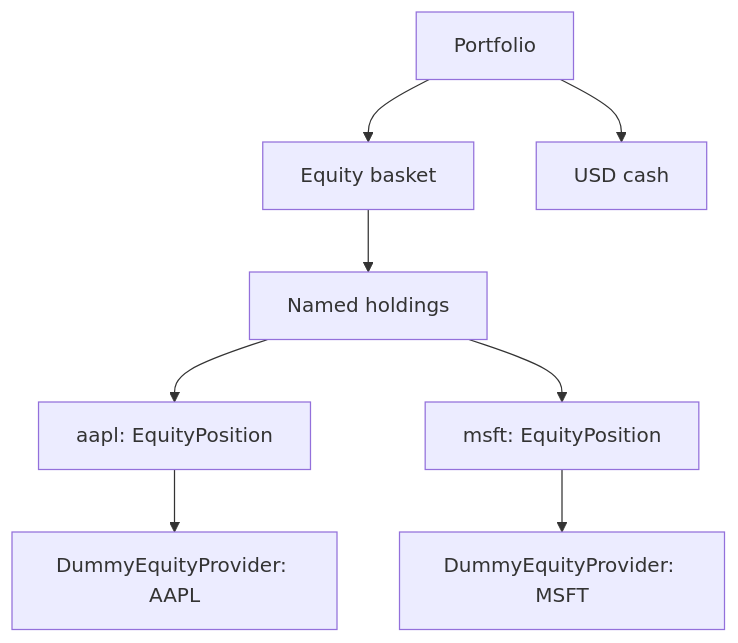
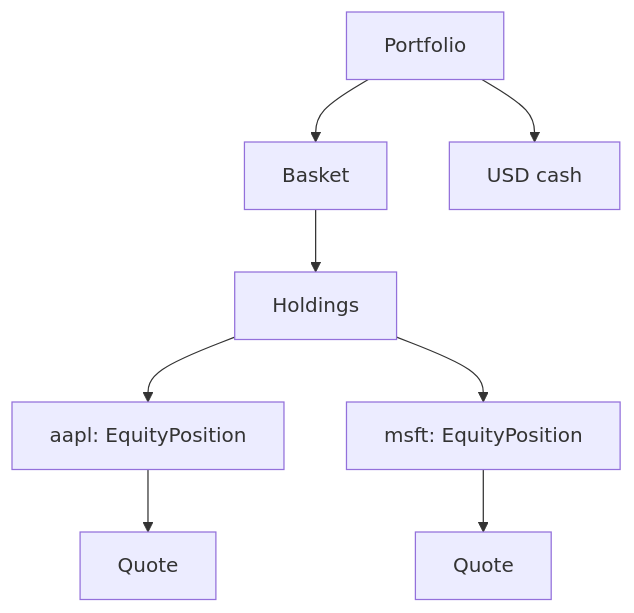
Before and after one commit to Code0x58/modello: the diagram in docs/examples/portfolio/holdings.rst, drawn with Mermaid. The commit also changed other lines of this file and 9 other files, not shown here.

```diff
--- a/docs/examples/portfolio/holdings.rst
+++ b/docs/examples/portfolio/holdings.rst
@@ -72,12 +75,12 @@
 .. mermaid::
-   :caption: Portfolio composition and provider bindings
-   :alt: The portfolio contains an equity basket and USD cash. Each named equity position carries its configured data provider.
+   :caption: Scalar portfolio composition
+   :alt: A portfolio contains a basket and cash. The basket contains a named holding group with two equity positions, each containing a quote.
 
    flowchart TD
-       portfolio[Portfolio] --> basket[Equity basket]
+       portfolio[Portfolio] --> basket[Basket]
        portfolio --> cash[USD cash]
-       basket --> members[Named holdings]
+       basket --> members[Holdings]
        members --> apple[aapl: EquityPosition]
        members --> microsoft[msft: EquityPosition]
-       apple --> apple_source[DummyEquityProvider: AAPL]
-       microsoft --> microsoft_source[DummyEquityProvider: MSFT]
+       apple --> aq[Quote]
+       microsoft --> mq[Quote]
```
